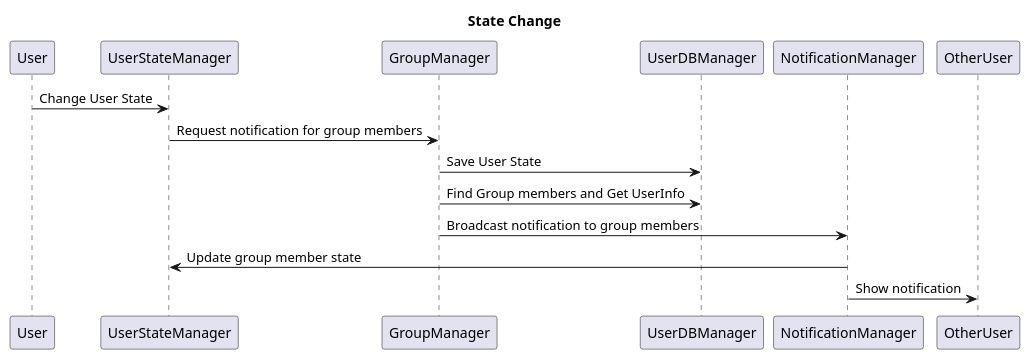
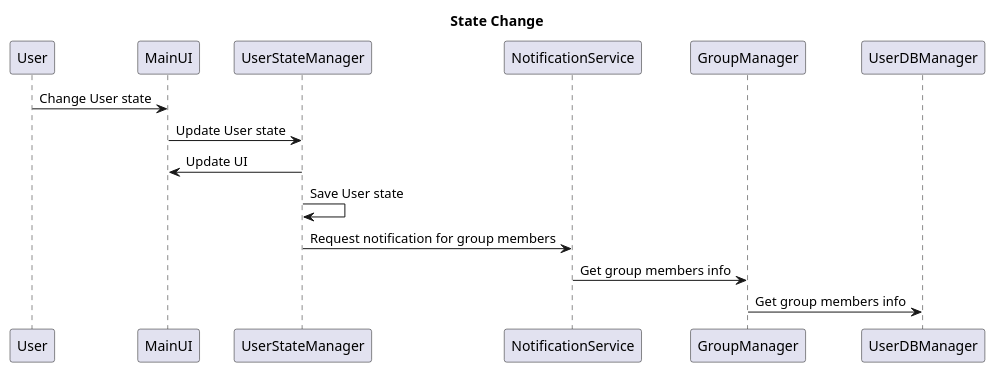
Before and after one commit to 2bellwater/EMO_USE_CASE: the diagram in UC_STATE_CHANGE.wsd, drawn with PlantUML. The commit also changed 2 other files, not shown here.

```diff
--- a/UC_STATE_CHANGE.wsd
+++ b/UC_STATE_CHANGE.wsd
@@ -1,10 +1,10 @@
 @startuml
 title State Change
-User -> UserStateManager : Change User State
-UserStateManager -> GroupManager : Request notification for group members
-GroupManager -> UserDBManager : Save User State
-GroupManager -> UserDBManager : Find Group members and Get UserInfo
-GroupManager -> NotificationManager : Broadcast notification to group members
-NotificationManager -> UserStateManager : Update group member state
-NotificationManager -> OtherUser : Show notification
+User -> MainUI : Change User state
+MainUI -> UserStateManager : Update User state
+UserStateManager -> MainUI : Update UI 
+UserStateManager -> UserStateManager : Save User state
+UserStateManager -> NotificationService : Request notification for group members
+NotificationService -> GroupManager : Get group members info
+GroupManager -> UserDBManager : Get group members info
 @enduml
```
